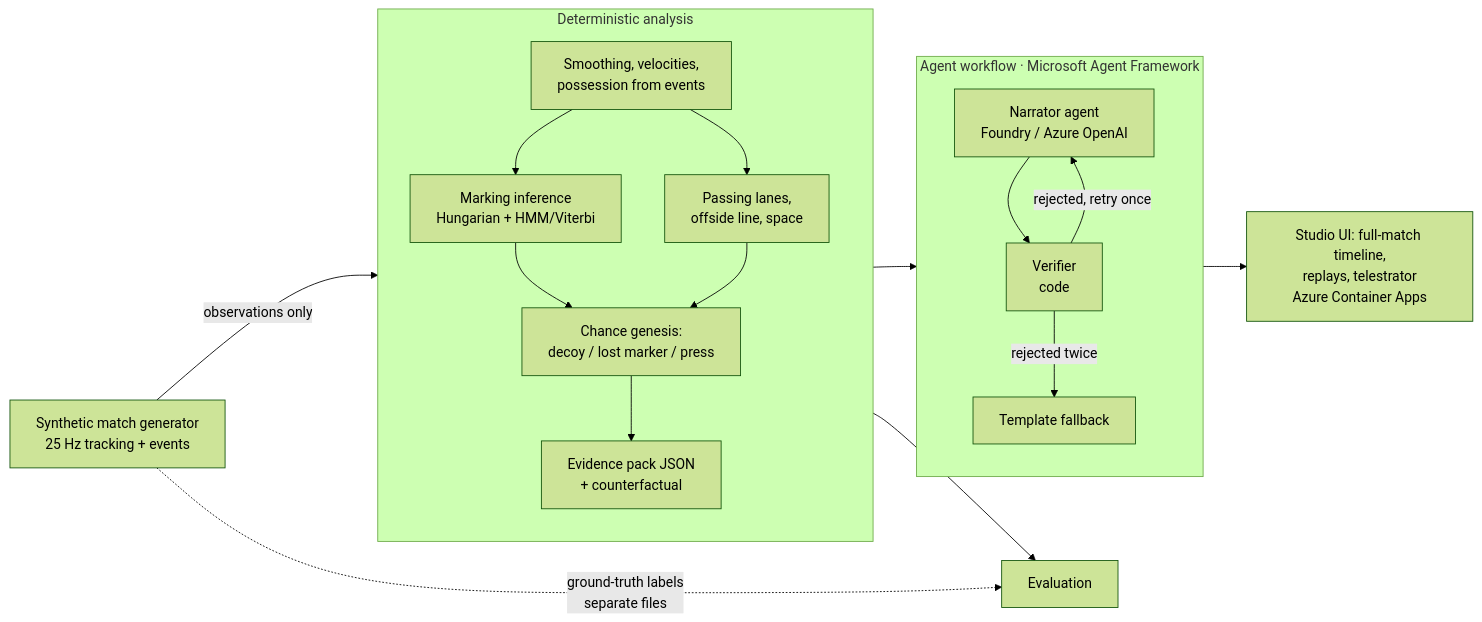
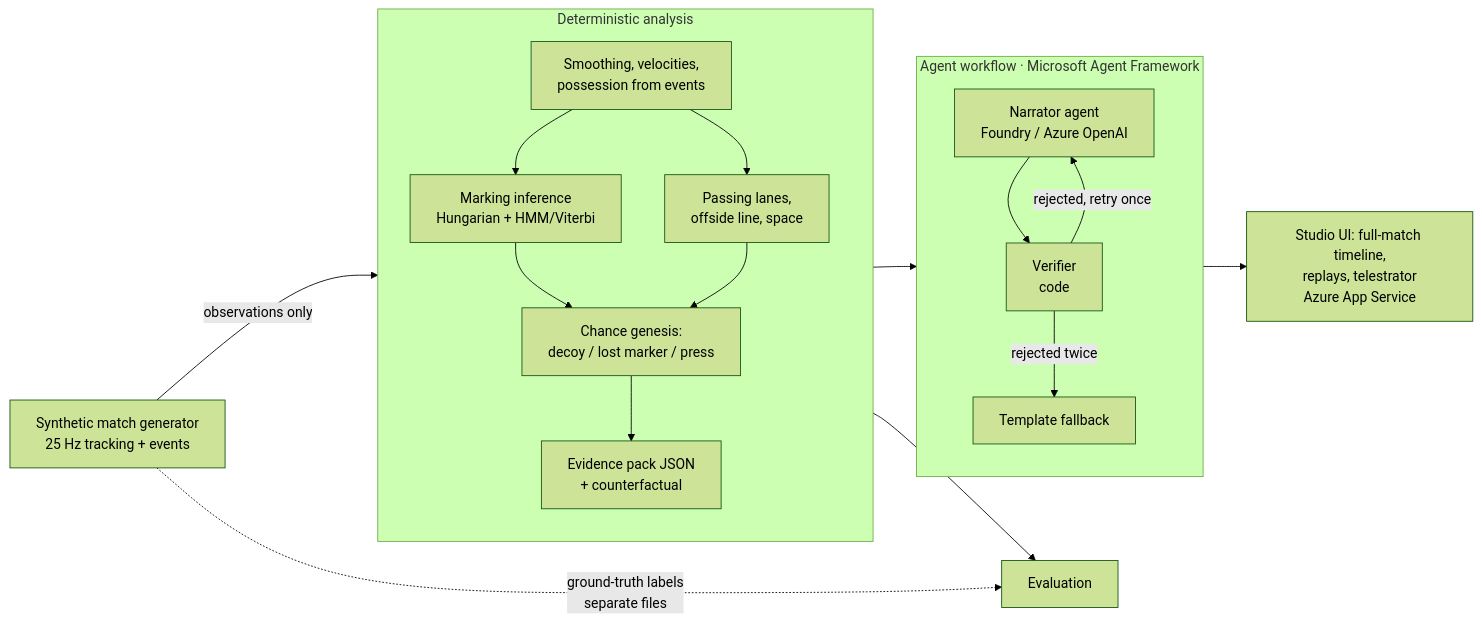
The diagram in README.md (DanielXu528/chance-genesis), drawn with Mermaid (forest theme) before and after one commit. The commit also changed 2 other files, not shown here.

Commit message:
Docs: hosted on Azure App Service
Claude-Session: https://claude.ai/code/session_0182Susq4e44WpgnqXVKRqWN

````diff
--- a/README.md
+++ b/README.md
@@ -62,22 +62,22 @@
 ```mermaid
 flowchart LR
   G[Synthetic match generator<br/>25 Hz tracking + events] -->|observations only| P
   G -.->|ground-truth labels<br/>separate files| E[Evaluation]
   subgraph P[Deterministic analysis]
     direction TB
     A1[Smoothing, velocities,<br/>possession from events] --> A2[Marking inference<br/>Hungarian + HMM/Viterbi]
     A2 --> A3[Chance genesis:<br/>decoy / lost marker / press]
     A1 --> A4[Passing lanes,<br/>offside line, space]
     A4 --> A3
     A3 --> A5[Evidence pack JSON<br/>+ counterfactual]
   end
   A5 --> W
   subgraph W[Agent workflow · Microsoft Agent Framework]
     direction TB
     N[Narrator agent<br/>Foundry / Azure OpenAI] --> V[Verifier<br/>code]
     V -->|rejected, retry once| N
     V -->|rejected twice| F[Template fallback]
   end
-  W --> UI[Studio UI: full-match timeline,<br/>replays, telestrator<br/>Azure Container Apps]
+  W --> UI[Studio UI: full-match timeline,<br/>replays, telestrator<br/>Azure App Service]
   P --> E
 ```
````
